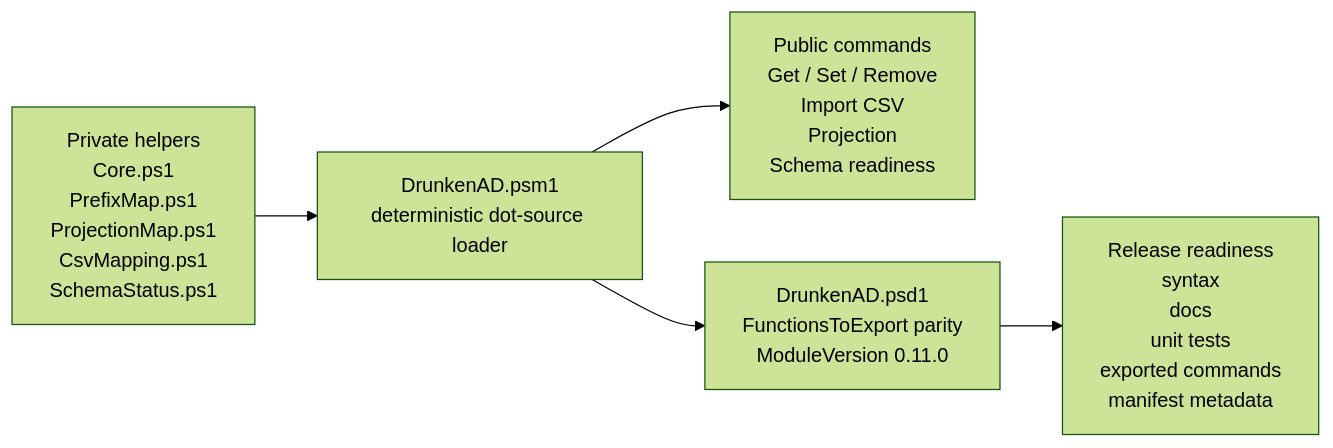
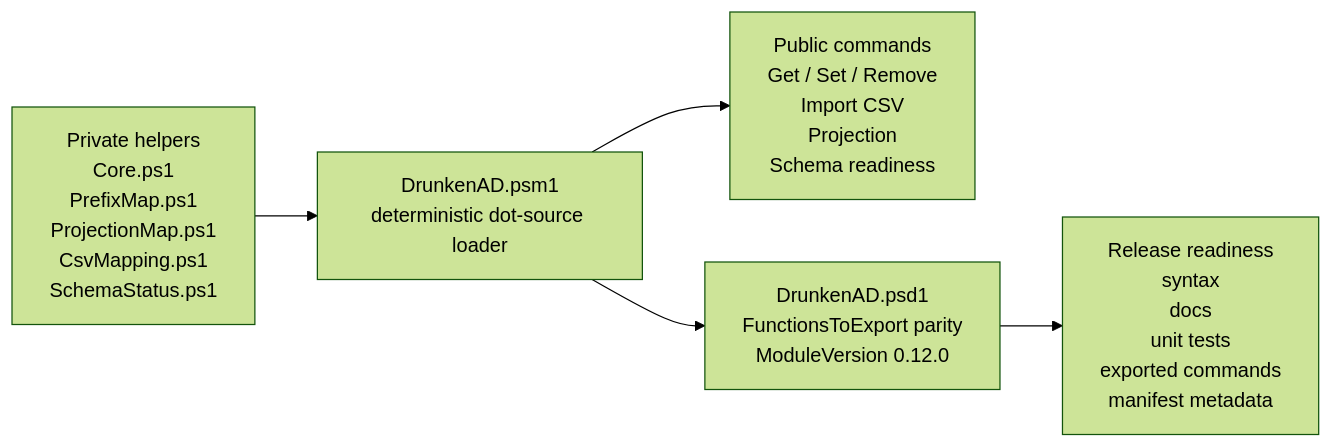
The diagram in docs/diagrams/module-layout.mmd (jonathanweinberg/DrunkenAD), drawn with Mermaid (forest theme) before and after one commit. The commit also changed 12 other files, not shown here.

```diff
--- a/docs/diagrams/module-layout.mmd
+++ b/docs/diagrams/module-layout.mmd
@@ -1,11 +1,11 @@
 flowchart LR
     PRIVATE["Private helpers<br/>Core.ps1<br/>PrefixMap.ps1<br/>ProjectionMap.ps1<br/>CsvMapping.ps1<br/>SchemaStatus.ps1"]
     ROOT["DrunkenAD.psm1<br/>deterministic dot-source loader"]
     PUBLIC["Public commands<br/>Get / Set / Remove<br/>Import CSV<br/>Projection<br/>Schema readiness"]
-    MANIFEST["DrunkenAD.psd1<br/>FunctionsToExport parity<br/>ModuleVersion 0.11.0"]
+    MANIFEST["DrunkenAD.psd1<br/>FunctionsToExport parity<br/>ModuleVersion 0.12.0"]
     RELEASE["Release readiness<br/>syntax<br/>docs<br/>unit tests<br/>exported commands<br/>manifest metadata"]
 
     PRIVATE --> ROOT
     ROOT --> PUBLIC
     ROOT --> MANIFEST
     MANIFEST --> RELEASE
```
